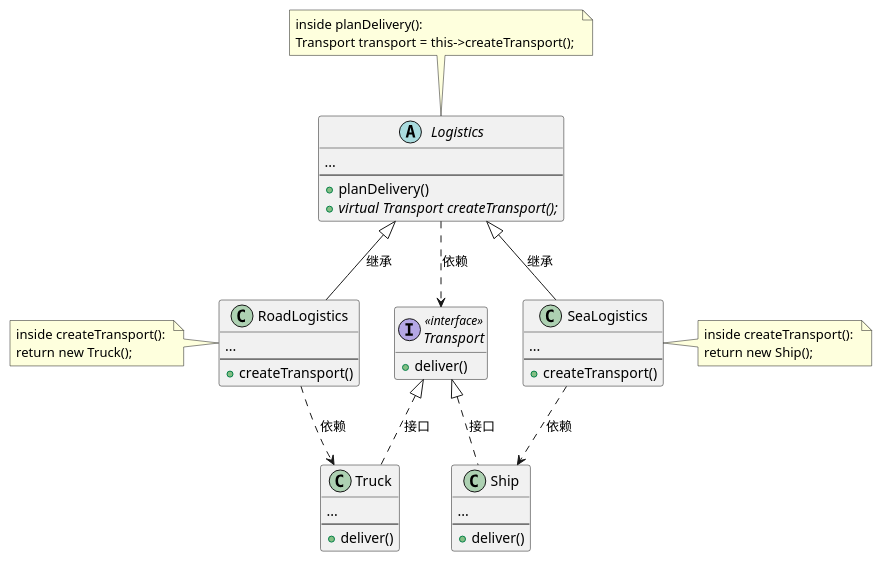
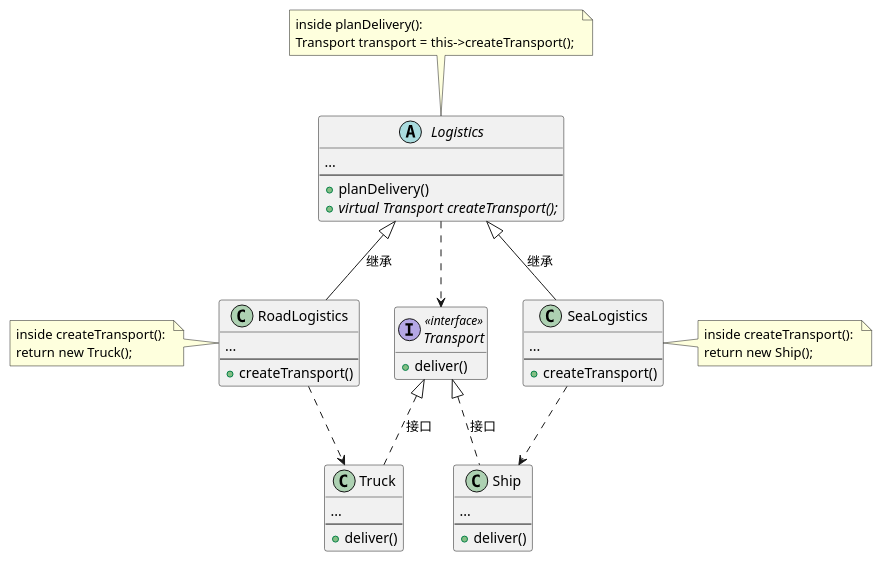
One commit to zhengtong0898/books changed the diagram in DiveIntoDesignPatterns/creational/FactoryMethod/page074.plantuml. Above: the diagram before and after it, drawn with PlantUML.

Commit message:
移除依赖备注

```diff
--- a/DiveIntoDesignPatterns/creational/FactoryMethod/page074.plantuml
+++ b/DiveIntoDesignPatterns/creational/FactoryMethod/page074.plantuml
@@ -1,79 +1,79 @@
 @startuml
 hide empty members
 
 
 abstract class Logistics {
 	...
 	--
 	+ planDelivery()
 	+ {abstract} virtual Transport createTransport();
 }
 
 
 class RoadLogistics {
 	...
 	--
 	+ createTransport()
 }
 
 
 class SeaLogistics {
 	...
 	--
 	+ createTransport()
 }
 
 
 interface Transport << interface >> {
 	+ deliver()
 }
 
 
 class Truck {
 	...
 	--
 	+ deliver()
 }
 
 
 class Ship {
 	...
 	--
 	+ deliver()
 }
 
 
 note "inside planDelivery(): \n\
 Transport transport = this->createTransport(); \
 " as n1
 
 
 note "inside createTransport(): \n\
 return new Truck(); \
 " as n2
 
 
 note "inside createTransport(): \n\
 return new Ship(); \
 " as n3
 
 
 Logistics <|-- RoadLogistics: "继承"
 Logistics <|-- SeaLogistics: "继承"
 Logistics .up. n1
 
 
 RoadLogistics .left. n2
 SeaLogistics .right. n3
 
 
 Transport <|.down. Truck: "接口"
 Transport <|.down. Ship: "接口"
 
 
-Logistics ..> Transport: "依赖"
-RoadLogistics .down.> Truck: "依赖"
-SeaLogistics .down.> Ship: "依赖"
+Logistics ..> Transport
+RoadLogistics .down.> Truck
+SeaLogistics .down.> Ship
 
 
 @enduml
```
